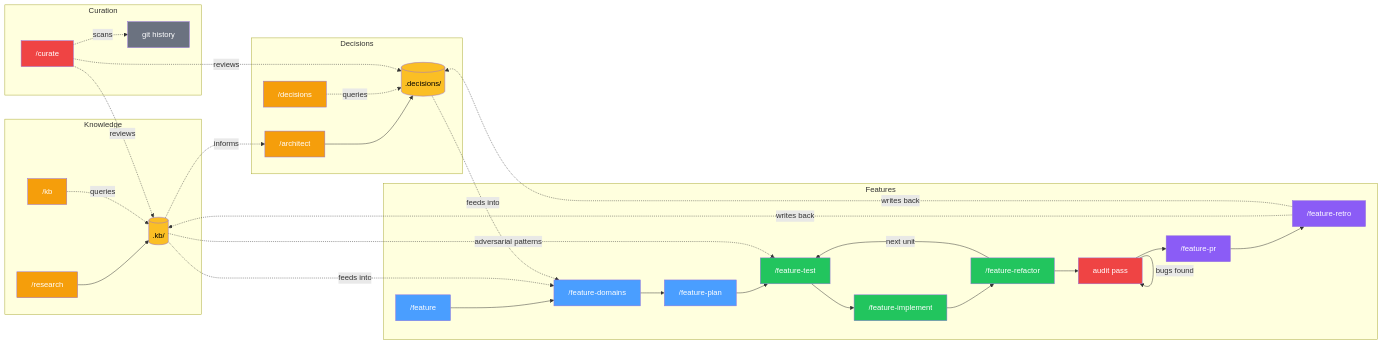
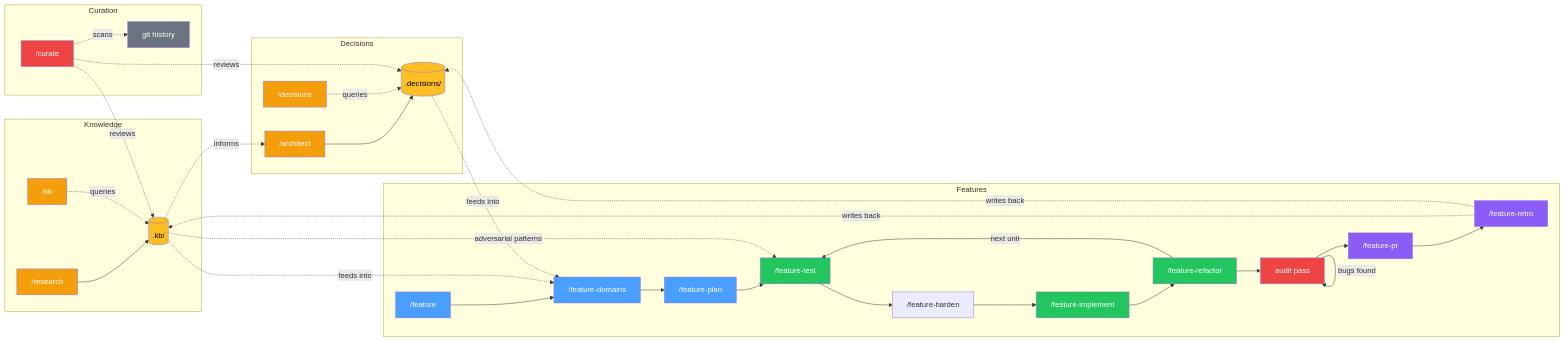
One commit to telefrek/vallorcine changed the diagram in README.md. Above: the diagram before and after it, drawn with Mermaid. The commit also changed other lines of this file and 1 other file, not shown here.

Commit message:
docs: add /feature-harden to pipeline diagram, command table, and architecture
- README: pipeline diagram includes hardening between test and implement
- README: /feature-harden added to command table with description
- README: audit command description mentions pre-prove gates
- DESIGN: features section describes adversarial hardening phase

````diff
--- a/README.md
+++ b/README.md
@@ -38,56 +38,57 @@
 ```mermaid
 graph LR
     subgraph Knowledge
         RES["/research"] --> KB[(".kb/")]
         KBQ["/kb"] -.->|"queries"| KB
     end
 
     subgraph Decisions
         ARC["/architect"] --> DEC[(".decisions/")]
         DECQ["/decisions"] -.->|"queries"| DEC
         KB -.->|"informs"| ARC
     end
 
     subgraph Features
         S["/feature"] --> D["/feature-domains"]
         D --> P["/feature-plan"]
         P --> T["/feature-test"]
-        T --> I["/feature-implement"]
+        T --> H["/feature-harden"]
+        H --> I["/feature-implement"]
         I --> R["/feature-refactor"]
         R -->|"next unit"| T
         R --> A["audit pass"]
         A -->|"bugs found"| A
         A --> PR["/feature-pr"]
         PR --> RET["/feature-retro"]
     end
 
     KB -.->|"feeds into"| D
     KB -.->|"adversarial patterns"| T
     DEC -.->|"feeds into"| D
     RET -.->|"writes back"| KB
     RET -.->|"writes back"| DEC
 
     subgraph Curation
         CUR["/curate"] -.->|"reviews"| KB
         CUR -.->|"reviews"| DEC
         CUR -.->|"scans"| GIT["git history"]
     end
 
     style CUR fill:#ef4444,color:#fff
     style GIT fill:#6b7280,color:#fff
     style S fill:#4a9eff,color:#fff
     style D fill:#4a9eff,color:#fff
     style P fill:#4a9eff,color:#fff
     style T fill:#22c55e,color:#fff
     style I fill:#22c55e,color:#fff
     style R fill:#22c55e,color:#fff
     style A fill:#ef4444,color:#fff
     style PR fill:#8b5cf6,color:#fff
     style RET fill:#8b5cf6,color:#fff
     style RES fill:#f59e0b,color:#fff
     style ARC fill:#f59e0b,color:#fff
     style KB fill:#fbbf24,color:#000
     style DEC fill:#fbbf24,color:#000
     style KBQ fill:#f59e0b,color:#fff
     style DECQ fill:#f59e0b,color:#fff
 ```
````
